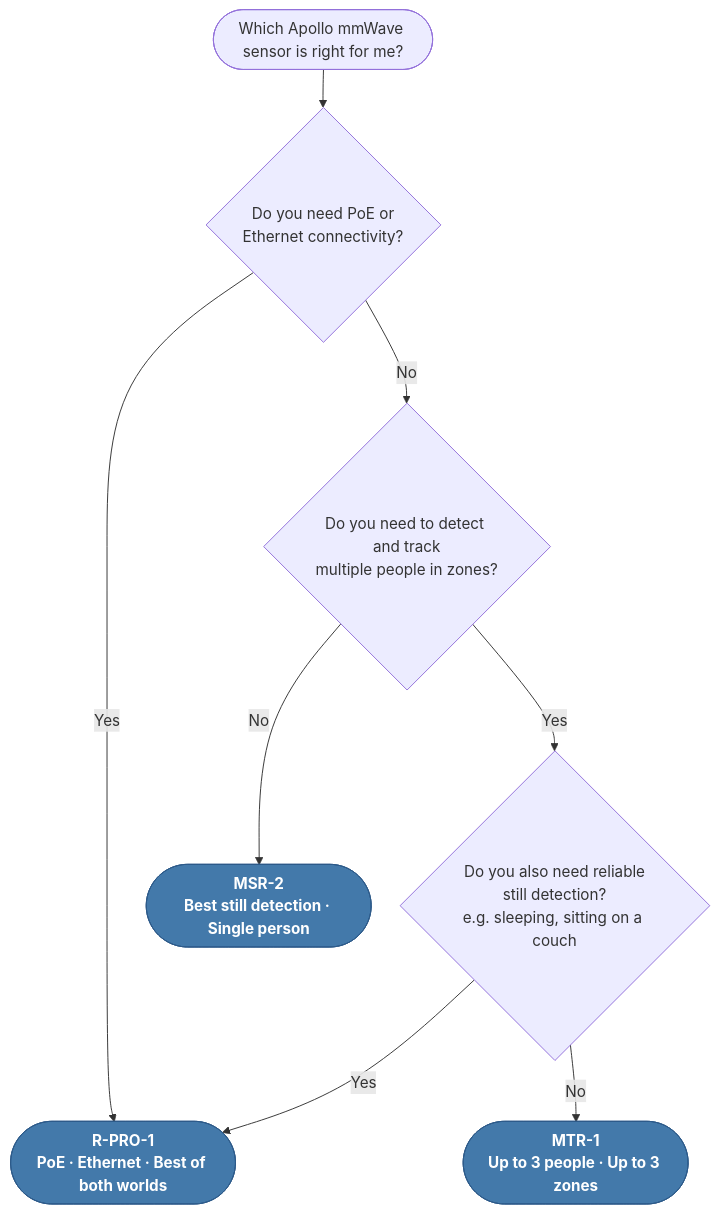
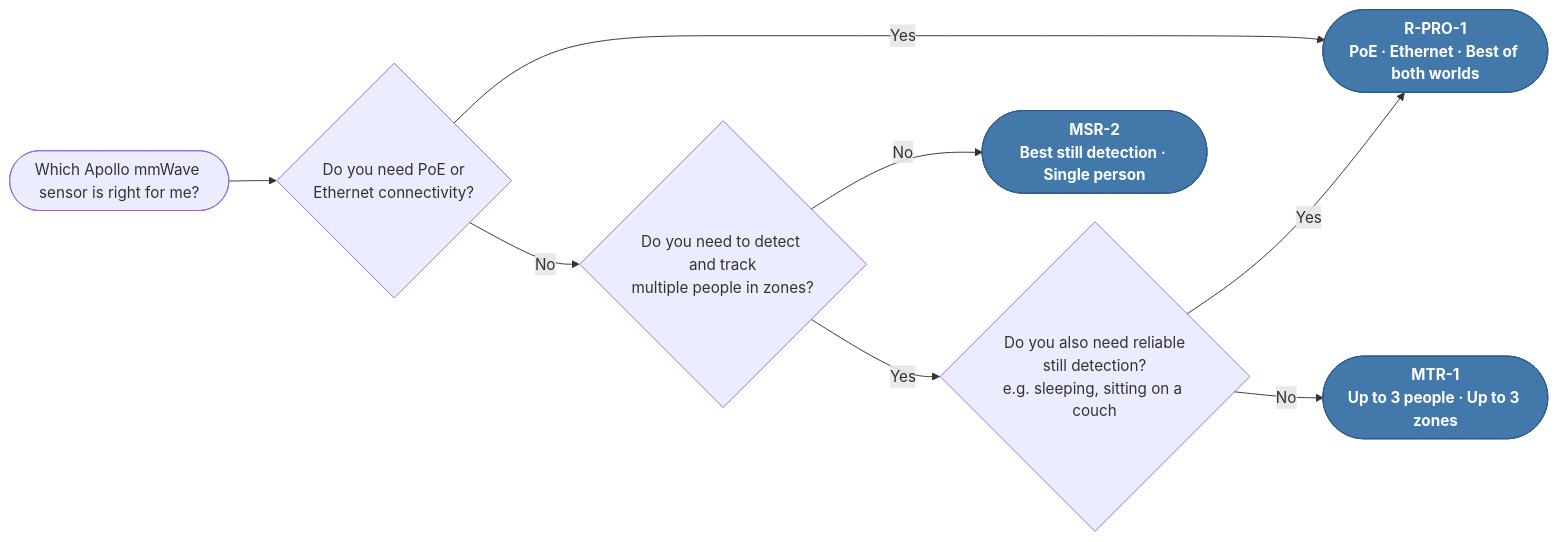
Before and after one commit to ApolloAutomation/docs: the diagram in docs/index.md, drawn with Mermaid.

Commit message:
Switch mmWave flowchart to LR layout for better screen fit
Keeps descriptive question text but flows left-to-right so the diagram
is compact vertically and fits on all screen sizes without scrolling.

````diff
--- a/docs/index.md
+++ b/docs/index.md
@@ -13,27 +13,27 @@
 ```mermaid
-%%{init: {'flowchart': {'nodeSpacing': 30, 'rankSpacing': 40}}}%%
-flowchart TD
+%%{init: {'flowchart': {'nodeSpacing': 30, 'rankSpacing': 50}}}%%
+flowchart LR
     START([Which Apollo mmWave sensor is right for me?])
 
     START --> Q1{Do you need PoE or\nEthernet connectivity?}
 
     Q1 -->|Yes| RPRO
     Q1 -->|No| Q2{Do you need to detect and track\nmultiple people in zones?}
 
     Q2 -->|Yes| Q3{Do you also need reliable\nstill detection?\ne.g. sleeping, sitting on a couch}
     Q2 -->|No| MSR
 
     Q3 -->|Yes| RPRO
     Q3 -->|No| MTR
 
     MSR([MSR-2\nBest still detection · Single person])
     MTR([MTR-1\nUp to 3 people · Up to 3 zones])
     RPRO([R-PRO-1\nPoE · Ethernet · Best of both worlds])
 
     classDef product fill:#4379AA,stroke:#2d5a8a,color:#fff,font-weight:bold
     class MSR,MTR,RPRO product
 
     click MSR href "https://wiki.apolloautomation.com/products/msr2/introduction/" _blank
     click MTR href "https://wiki.apolloautomation.com/products/mtr1/introduction/" _blank
     click RPRO href "https://wiki.apolloautomation.com/products/rpro1/introduction/" _blank
 ```
````
